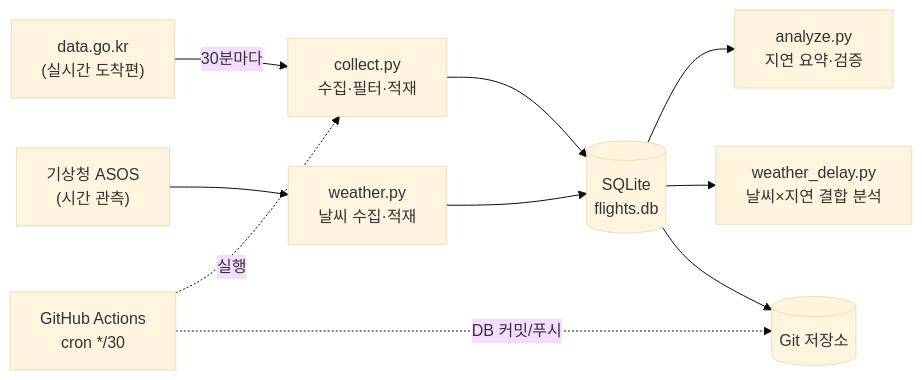
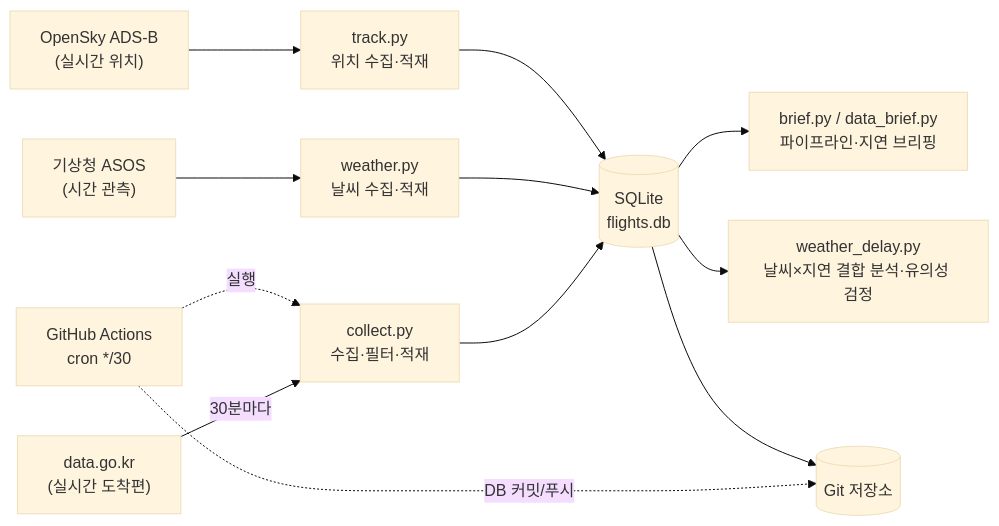
One commit to jaehyuck46-cyber/flight-delay-pipeline changed the diagram in README.md. Above: the diagram before and after it, drawn with Mermaid (base theme). The commit also changed other lines of this file, not shown here.

Commit message:
docs: README 최신 상태 반영 (14,907편, ADS-B 운영중, 5개 테이블)

````diff
--- a/README.md
+++ b/README.md
@@ -55,12 +65,14 @@
 ```mermaid
 flowchart LR
     A["data.go.kr<br/>(실시간 도착편)"] -->|30분마다| B["collect.py<br/>수집·필터·적재"]
     W["기상청 ASOS<br/>(시간 관측)"] --> V["weather.py<br/>날씨 수집·적재"]
+    O["OpenSky ADS-B<br/>(실시간 위치)"] --> T["track.py<br/>위치 수집·적재"]
     B --> C[("SQLite<br/>flights.db")]
     V --> C
-    C --> D["analyze.py<br/>지연 요약·검증"]
-    C --> E["weather_delay.py<br/>날씨×지연 결합 분석"]
+    T --> C
+    C --> D["brief.py / data_brief.py<br/>파이프라인·지연 브리핑"]
+    C --> E["weather_delay.py<br/>날씨×지연 결합 분석·유의성 검정"]
     G["GitHub Actions<br/>cron */30"] -.실행.-> B
     G -.DB 커밋/푸시.-> F[("Git 저장소")]
     C --> F
 ```
````
